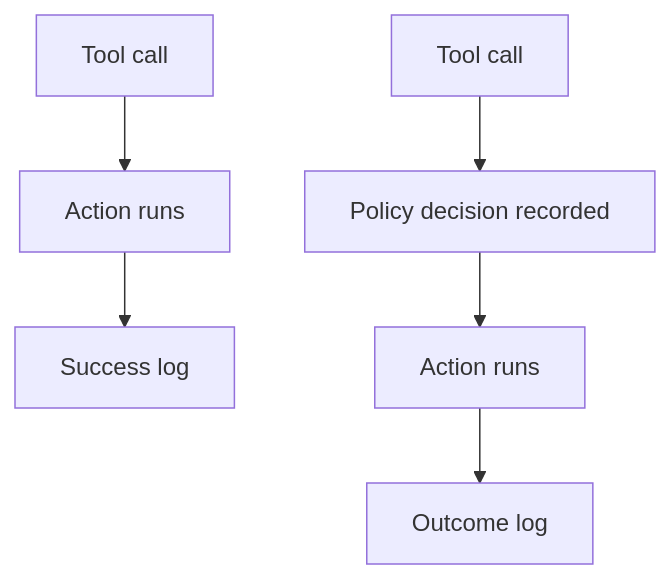
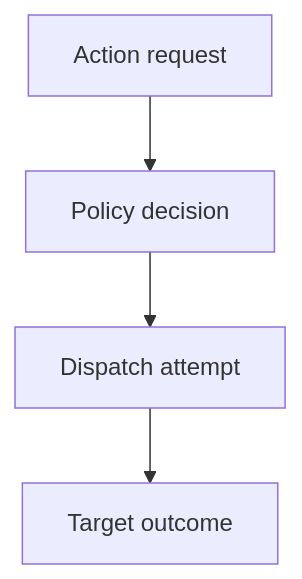
One commit to amoranio/Brief changed the diagram in src/content/posts/logging-that-lies.md. Above: the diagram before and after it, drawn with Mermaid. The commit also changed other lines of this file and 2 other files, not shown here.

First line of the commit message:
Improve logging evidence brief and add cross-boundary action pattern (#41)

````diff
--- a/src/content/posts/logging-that-lies.md
+++ b/src/content/posts/logging-that-lies.md
@@ -23,9 +25,7 @@
 ```mermaid
-%% caption: Top path logs success after the tool runs; bottom path records the policy decision before execution
+%% caption: Separate records show what was approved, sent and observed at the target
 flowchart TD
-  call1[Tool call] --> run1[Action runs]
-  run1 --> log1[Success log]
-  call2[Tool call] --> gate2[Policy decision recorded]
-  gate2 --> run2[Action runs]
-  run2 --> log2[Outcome log]
+  request[Action request] --> decision[Policy decision]
+  decision --> dispatch[Dispatch attempt]
+  dispatch --> outcome[Target outcome]
 ```
````
